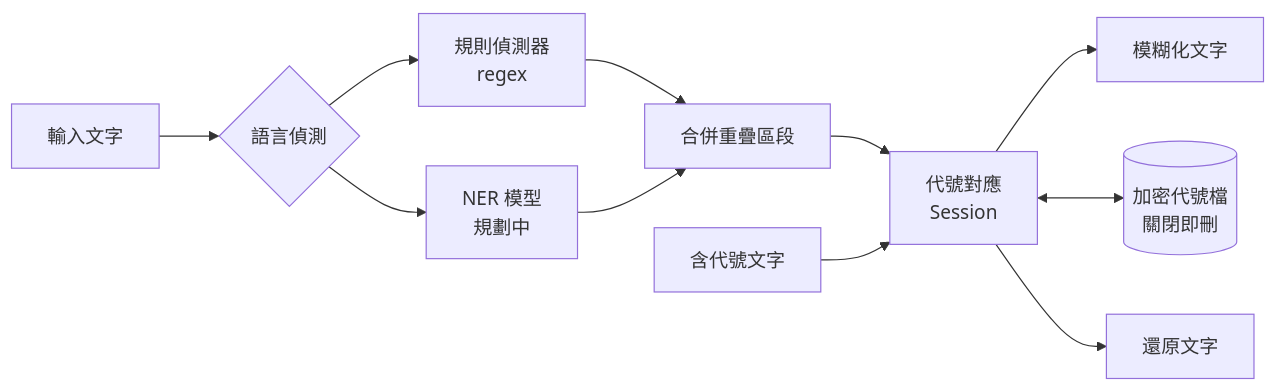
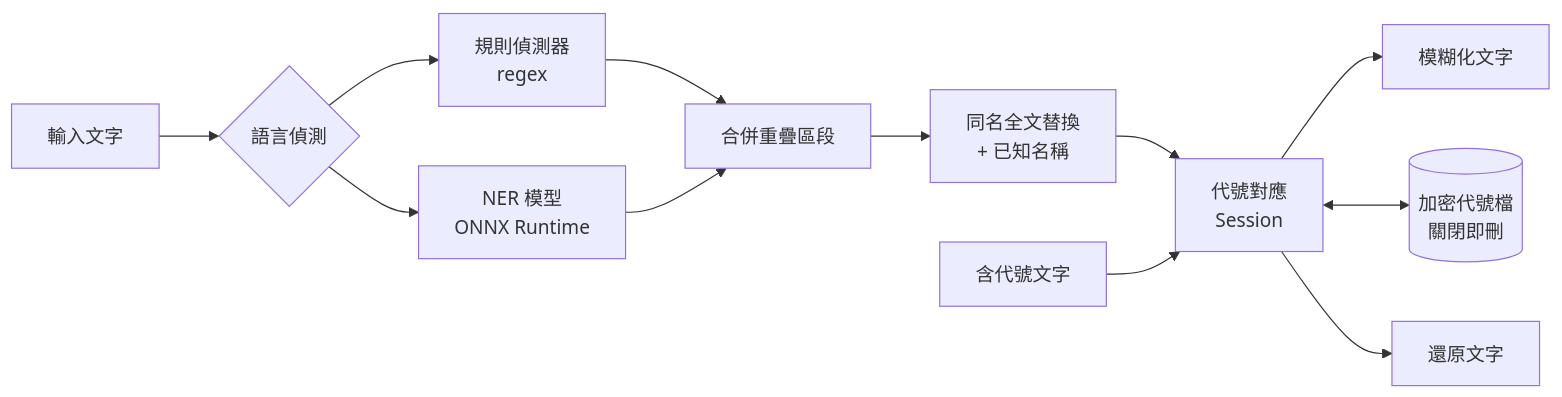
One commit to AquilaWei/DataFuzzy changed the diagram in README.md. Above: the diagram before and after it, drawn with Mermaid. The commit also changed other lines of this file and 4 other files, not shown here.

````diff
--- a/README.md
+++ b/README.md
@@ -69,13 +88,14 @@
 ```mermaid
 flowchart LR
     A[輸入文字] --> B{語言偵測}
     B --> C[規則偵測器<br/>regex]
-    B --> D[NER 模型<br/>規劃中]
+    B --> D[NER 模型<br/>ONNX Runtime]
     C --> E[合併重疊區段]
     D --> E
-    E --> F[代號對應<br/>Session]
+    E --> K[同名全文替換<br/>+ 已知名稱]
+    K --> F[代號對應<br/>Session]
     F --> G[模糊化文字]
     F <--> H[(加密代號檔<br/>關閉即刪)]
     I[含代號文字] --> F
     F --> J[還原文字]
 ```
````
